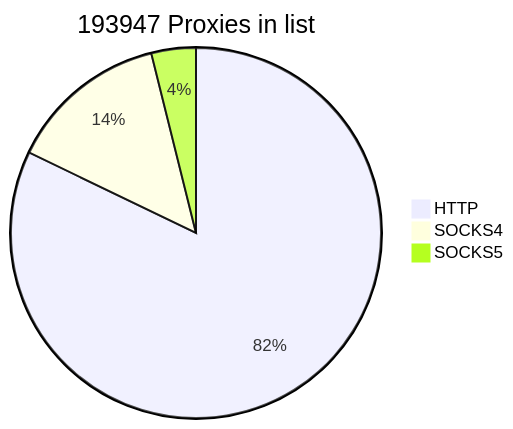
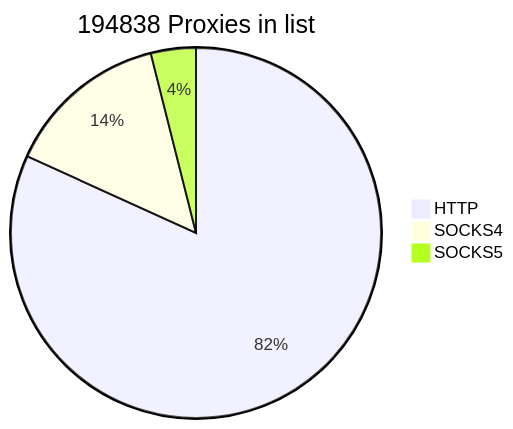
Before and after one commit to cutipu/proxylist: the first of 2 diagrams in README.md, drawn with Mermaid. The commit also changed other lines of this file, not shown here.

````diff
--- a/README.md
+++ b/README.md
@@ -2,7 +2,7 @@
 ```mermaid
-pie title 193947 Proxies in list
-    "HTTP" : 159339
-    "SOCKS4" : 27076
-    "SOCKS5" : 7532
+pie title 194838 Proxies in list
+    "HTTP" : 159367
+    "SOCKS4" : 27819
+    "SOCKS5" : 7652
             
 ```
````
